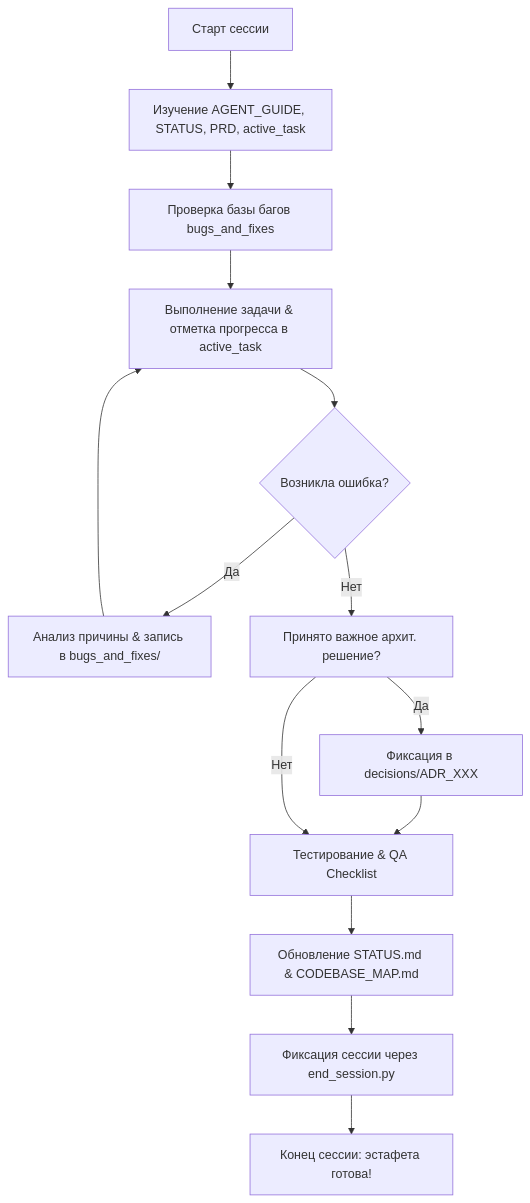
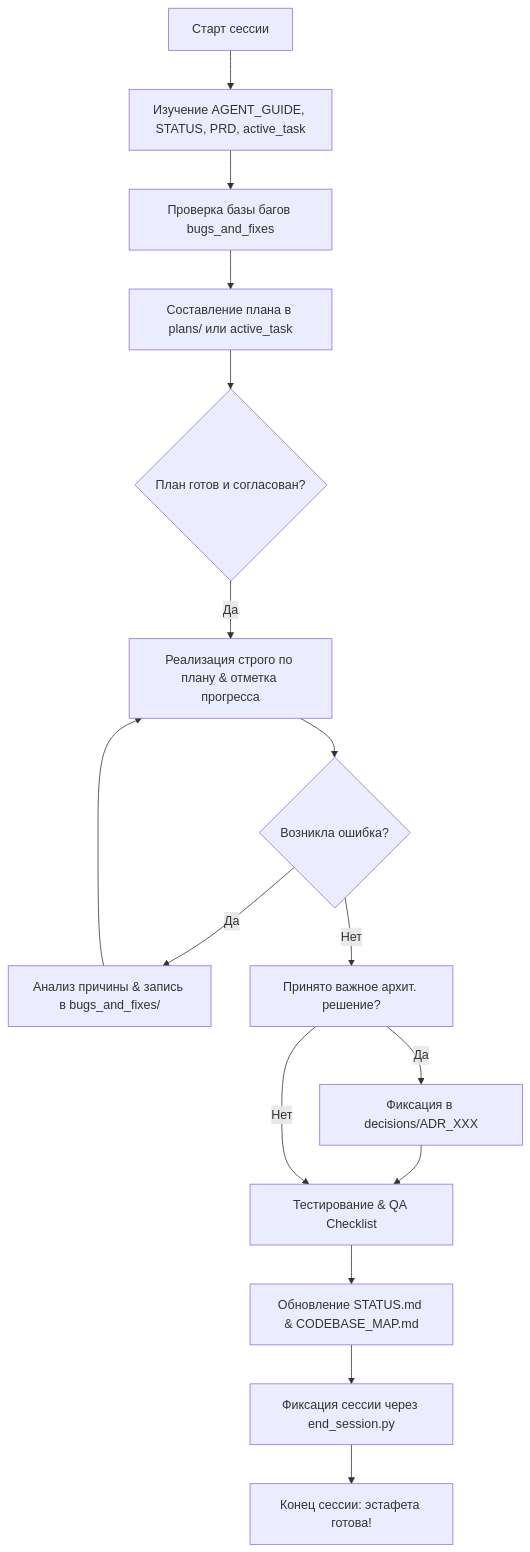
The diagram in agents/AGENT_GUIDE.md (madsaomi/agents), drawn with Mermaid before and after one commit. The commit also changed other lines of this file and 38 other files, not shown here.

````diff
--- a/agents/AGENT_GUIDE.md
+++ b/agents/AGENT_GUIDE.md
@@ -91,16 +101,18 @@
 ```mermaid
 graph TD
     A[Старт сессии] --> B[Изучение AGENT_GUIDE, STATUS, PRD, active_task]
     B --> C[Проверка базы багов bugs_and_fixes]
-    C --> D[Выполнение задачи & отметка прогресса в active_task]
-    D --> E{Возникла ошибка?}
+    C --> D1[Составление плана в plans/ или active_task]
+    D1 --> D2{План готов и согласован?}
+    D2 -- Да --> D3[Реализация строго по плану & отметка прогресса]
+    D3 --> E{Возникла ошибка?}
     E -- Да --> F[Анализ причины & запись в bugs_and_fixes/]
-    F --> D
+    F --> D3
     E -- Нет --> G[Принято важное архит. решение?]
     G -- Да --> H[Фиксация в decisions/ADR_XXX]
     H --> I[Тестирование & QA Checklist]
     G -- Нет --> I
     I --> J[Обновление STATUS.md & CODEBASE_MAP.md]
     J --> K[Фиксация сессии через end_session.py]
     K --> L[Конец сессии: эстафета готова!]
 ```
````
